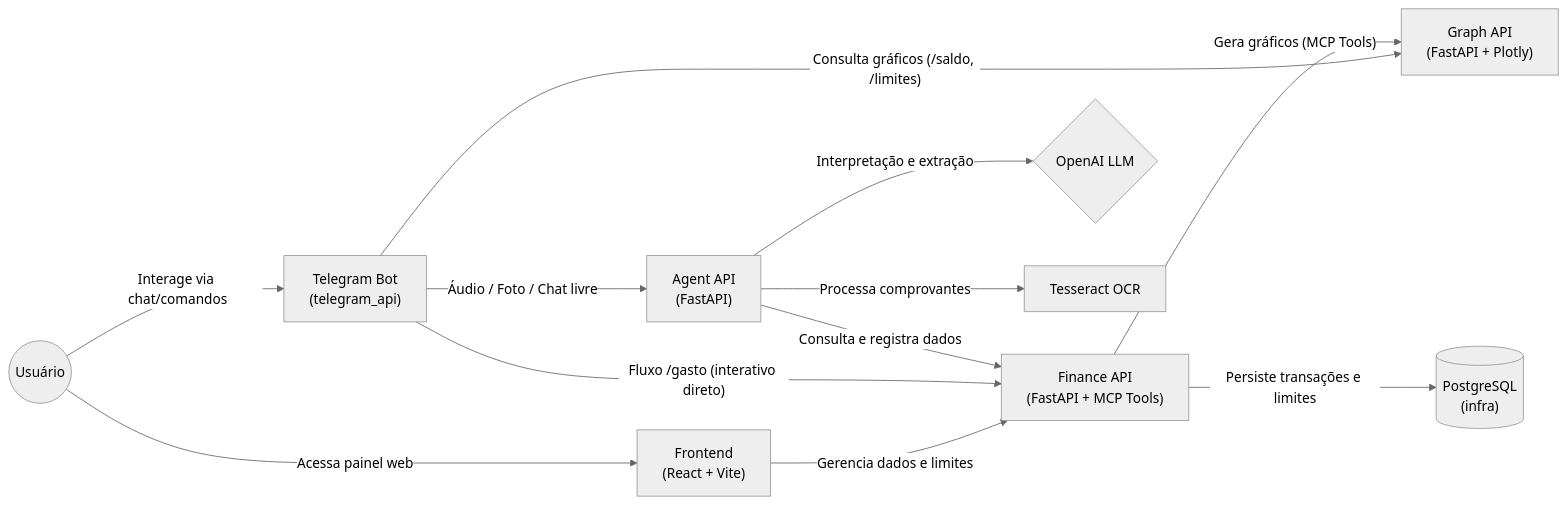
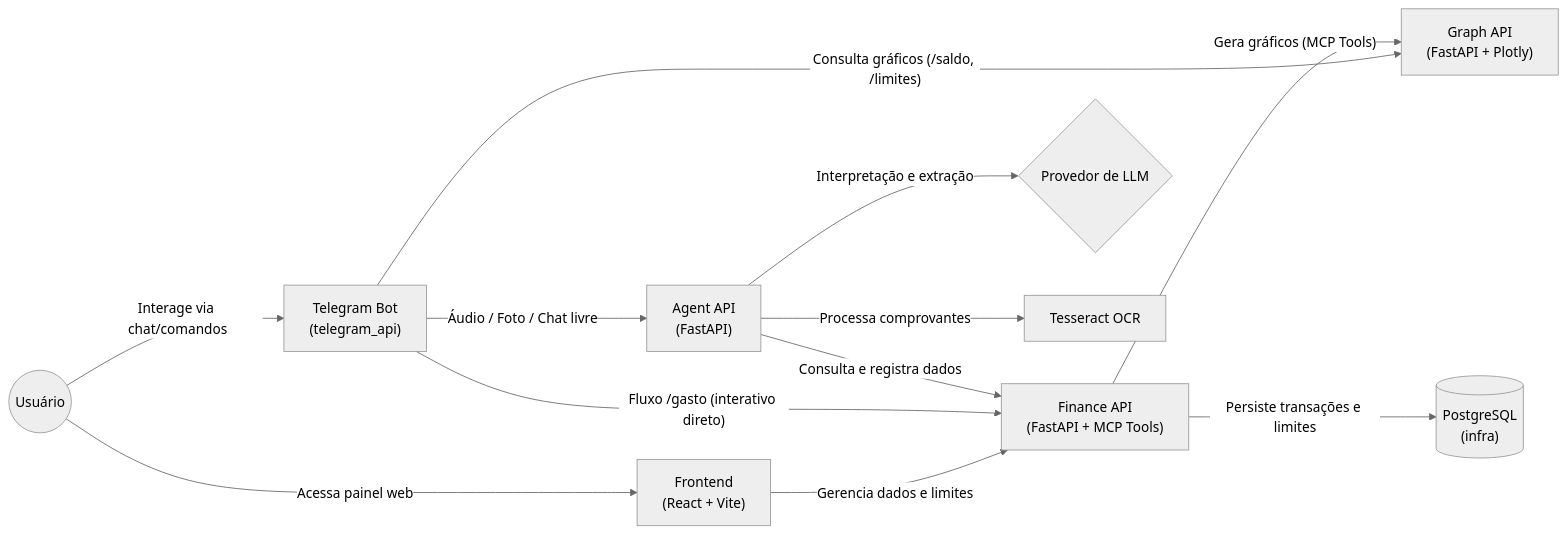
Before and after one commit to joaoflauzino/flauzino-assistant: the diagram in README.md, drawn with Mermaid (neutral theme). The commit also changed other lines of this file and 4 other files, not shown here.

````diff
--- a/README.md
+++ b/README.md
@@ -19,28 +19,28 @@
 ```mermaid
 flowchart LR
     User((Usuário))
     Frontend["Frontend\n(React + Vite)"]
     Telegram["Telegram Bot\n(telegram_api)"]
     AgentAPI["Agent API\n(FastAPI)"]
     FinanceAPI["Finance API\n(FastAPI + MCP Tools)"]
     GraphAPI["Graph API\n(FastAPI + Plotly)"]
     DB[("PostgreSQL\n(infra)")]
-    LLM{"OpenAI LLM"}
+    LLM{"Provedor de LLM"}
     OCR["Tesseract OCR"]
 
     User -- "Acessa painel web" --> Frontend
     User -- "Interage via chat/comandos" --> Telegram
     
     Frontend -- "Gerencia dados e limites" --> FinanceAPI
     
     Telegram -- "Fluxo /gasto (interativo direto)" --> FinanceAPI
     Telegram -- "Áudio / Foto / Chat livre" --> AgentAPI
     Telegram -- "Consulta gráficos (/saldo, /limites)" --> GraphAPI
     
     AgentAPI -- "Processa comprovantes" --> OCR
     AgentAPI -- "Interpretação e extração" --> LLM
     AgentAPI -- "Consulta e registra dados" --> FinanceAPI
     
     FinanceAPI -- "Gera gráficos (MCP Tools)" --> GraphAPI
     FinanceAPI -- "Persiste transações e limites" --> DB
 ```
````
